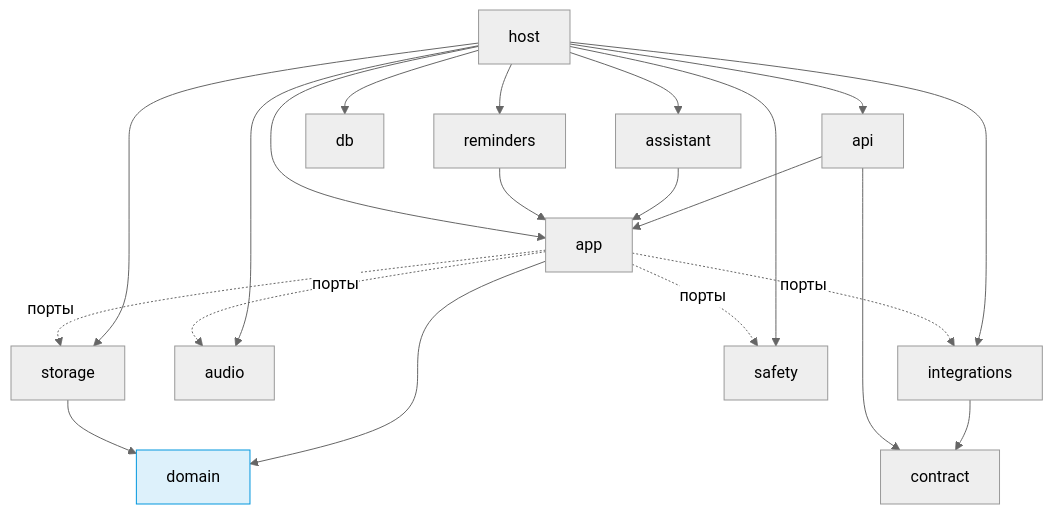
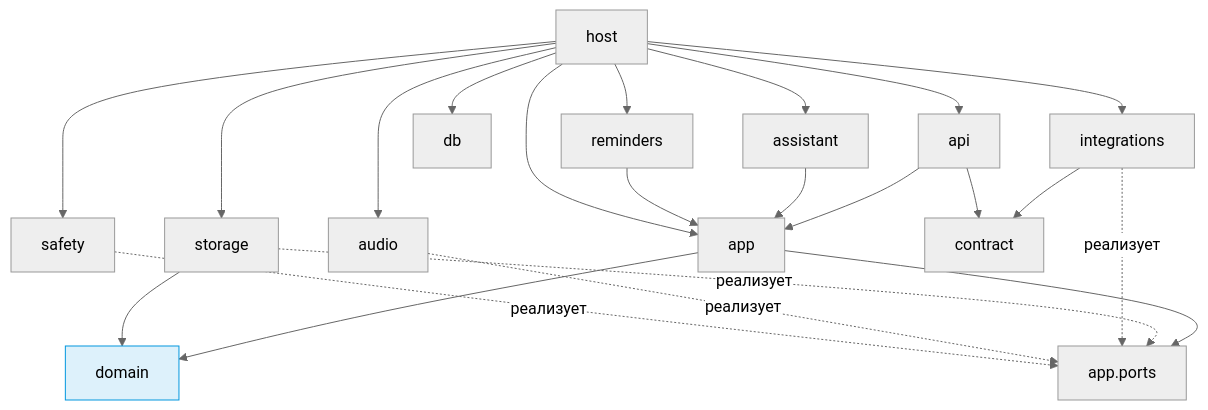
One commit to SwanThunder/Djarvis changed the diagram in docs/architecture/MODULES.ru.md. Above: the diagram before and after it, drawn with Mermaid (neutral theme). The commit also changed other lines of this file and 19 other files, not shown here.

````diff
--- a/docs/architecture/MODULES.ru.md
+++ b/docs/architecture/MODULES.ru.md
@@ -9,14 +9,18 @@
 ```mermaid
 flowchart TB
   api --> app
   assistant --> app
   reminders --> app
   host --> api & app & db & storage & audio & assistant & reminders & integrations & safety
   app --> domain
-  app -. порты .-> storage & integrations & audio & safety
+  app --> app_ports["app.ports"]
+  storage -. реализует .-> app_ports
+  integrations -. реализует .-> app_ports
+  audio -. реализует .-> app_ports
+  safety -. реализует .-> app_ports
   storage --> domain
   integrations --> contract
   api --> contract
   domain:::pure
   classDef pure fill:#0297DE22,stroke:#0297DE
 ```
````
